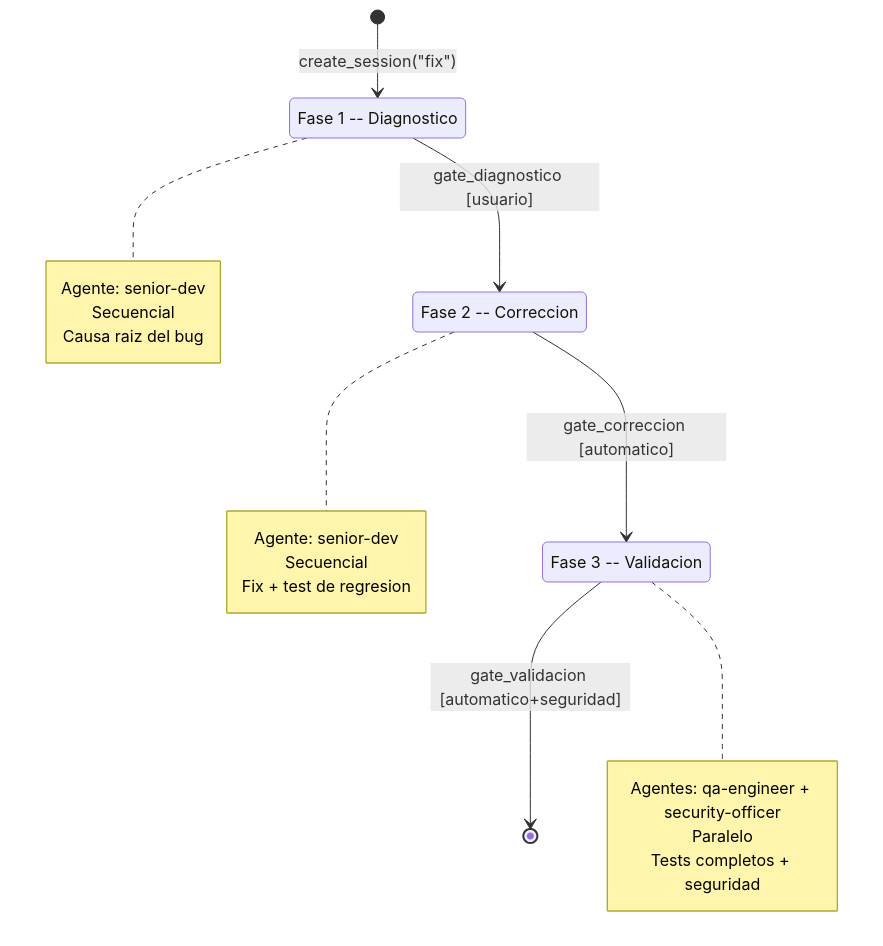
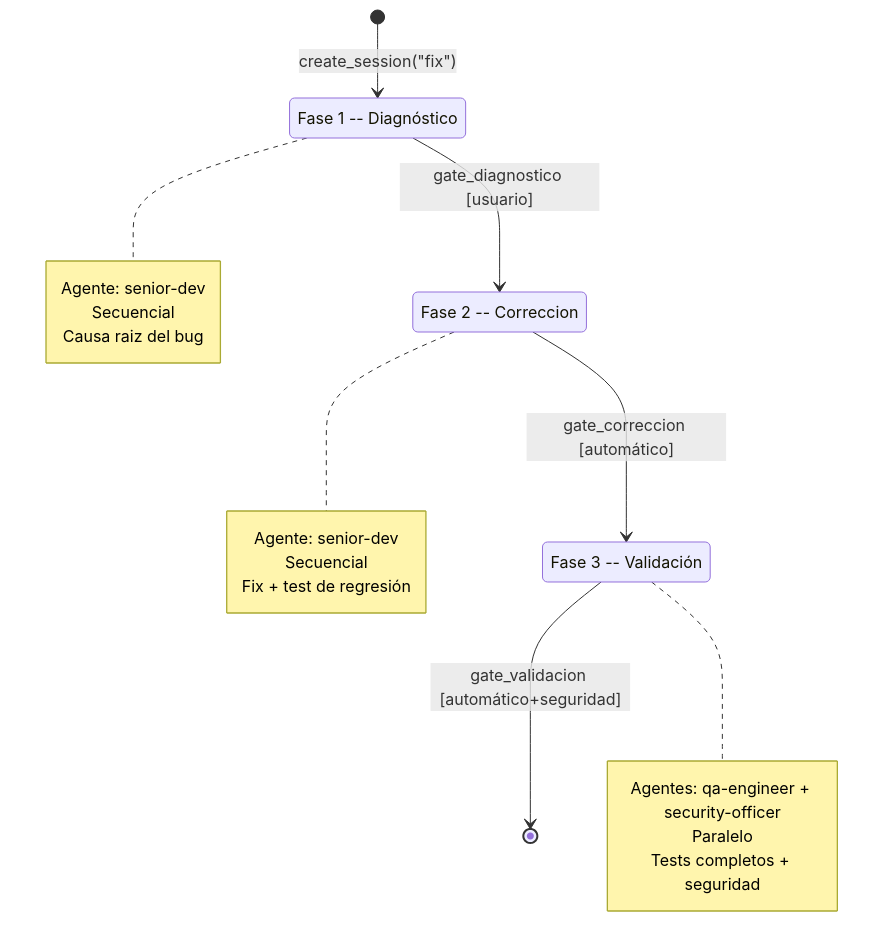
One commit to 686f6c61/alfred-dev changed the third of 6 diagrams in docs/flows.md. Above: the diagram before and after it, drawn with Mermaid. The commit also changed other lines of this file and 93 other files, not shown here.

````diff
--- a/docs/flows.md
+++ b/docs/flows.md
@@ -308,32 +308,32 @@
 ```mermaid
 stateDiagram-v2
     direction TB
 
-    [*] --> diagnostico: create_session("fix")
+    [*] --> diagnóstico: create_session("fix")
 
-    state "Fase 1 -- Diagnostico" as diagnostico
+    state "Fase 1 -- Diagnóstico" as diagnóstico
     state "Fase 2 -- Correccion" as correccion
-    state "Fase 3 -- Validacion" as validacion
+    state "Fase 3 -- Validación" as validación
 
-    diagnostico --> correccion: gate_diagnostico [usuario]
-    correccion --> validacion: gate_correccion [automatico]
-    validacion --> [*]: gate_validacion [automatico+seguridad]
+    diagnóstico --> correccion: gate_diagnostico [usuario]
+    correccion --> validación: gate_correccion [automático]
+    validación --> [*]: gate_validacion [automático+seguridad]
 
-    note right of diagnostico
+    note right of diagnóstico
         Agente: senior-dev
         Secuencial
         Causa raiz del bug
     end note
 
     note right of correccion
         Agente: senior-dev
         Secuencial
-        Fix + test de regresion
+        Fix + test de regresión
     end note
 
-    note right of validacion
+    note right of validación
         Agentes: qa-engineer + security-officer
         Paralelo
         Tests completos + seguridad
     end note
 ```
````
